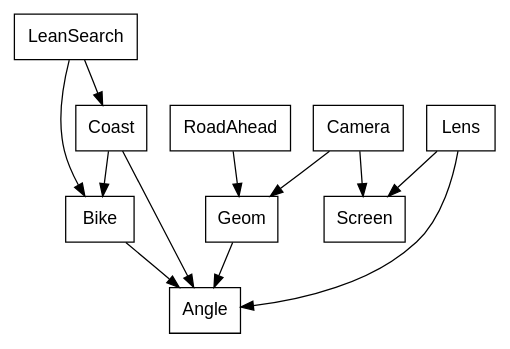
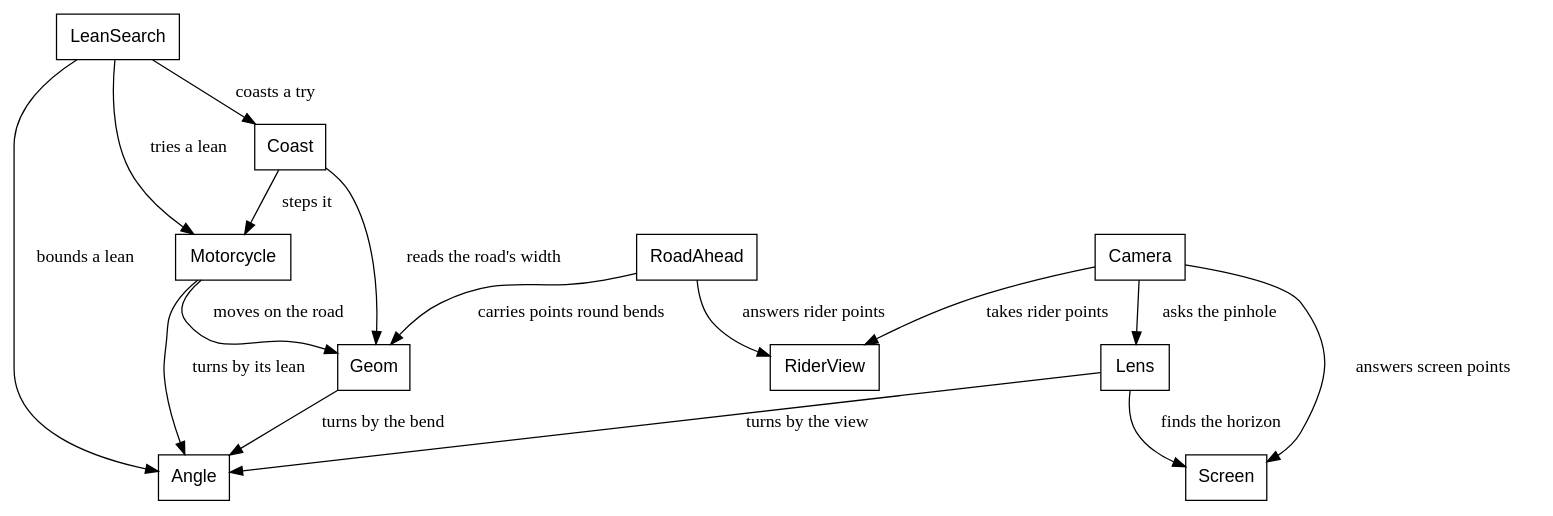
Diagram 26 of 30 in canvas_apps/safari/tutorial/tutorial.md (showell/roc-apps), drawn with Graphviz before and after one commit. The commit also changed other lines of this file and 1 other file, not shown here.

First line of the commit message:
safari book: the math layer, accuracy round 1

````diff
--- a/canvas_apps/safari/tutorial/tutorial.md
+++ b/canvas_apps/safari/tutorial/tutorial.md
@@ -2517,16 +2517,20 @@
 ```dot
 digraph math {
   node [shape=box, fontname="Helvetica"];
-  LeanSearch -> Coast;
-  LeanSearch -> Bike;
-  Coast -> Bike;
-  Coast -> Angle;
-  Bike -> Angle;
-  RoadAhead -> Geom;
-  Camera -> Geom;
-  Camera -> Screen;
-  Lens -> Angle;
-  Lens -> Screen;
-  Geom -> Angle;
+  LeanSearch -> Coast [label="  coasts a try"];
+  LeanSearch -> Motorcycle [label="  tries a lean"];
+  LeanSearch -> Angle [label="  bounds a lean"];
+  Coast -> Motorcycle [label="  steps it"];
+  Coast -> Geom [label="  reads the road's width"];
+  Motorcycle -> Angle [label="  turns by its lean"];
+  Motorcycle -> Geom [label="  moves on the road"];
+  RoadAhead -> Geom [label="  carries points round bends"];
+  RoadAhead -> RiderView [label="  answers rider points"];
+  Camera -> Lens [label="  asks the pinhole"];
+  Camera -> RiderView [label="  takes rider points"];
+  Camera -> Screen [label="  answers screen points"];
+  Lens -> Angle [label="  turns by the view"];
+  Lens -> Screen [label="  finds the horizon"];
+  Geom -> Angle [label="  turns by the bend"];
 }
 ```
````
